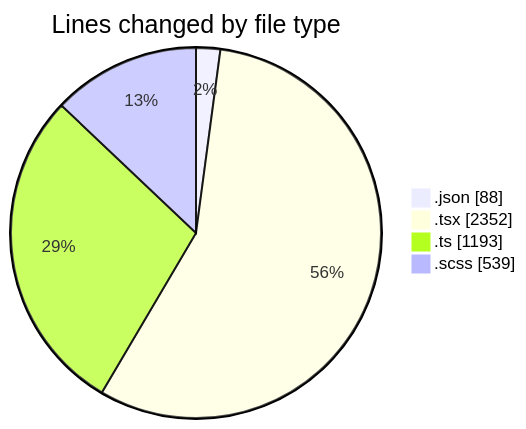
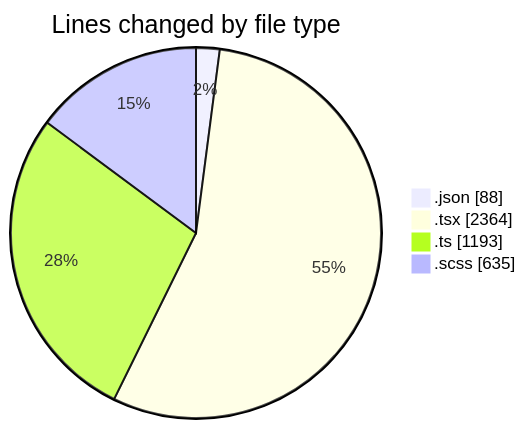
The first of 2 diagrams in 2026-10-22/cda/README.md (momahboobian/code-tracking), drawn with Mermaid before and after one commit. The commit also changed other lines of this file and 1 other file, not shown here.

````diff
--- a/2026-10-22/cda/README.md
+++ b/2026-10-22/cda/README.md
@@ -30,8 +30,8 @@
 ```mermaid
 pie showData
 title Lines changed by file type
 ".json" : 88
-".tsx" : 2352
+".tsx" : 2364
 ".ts" : 1193
-".scss" : 539
+".scss" : 635
 ```
````
